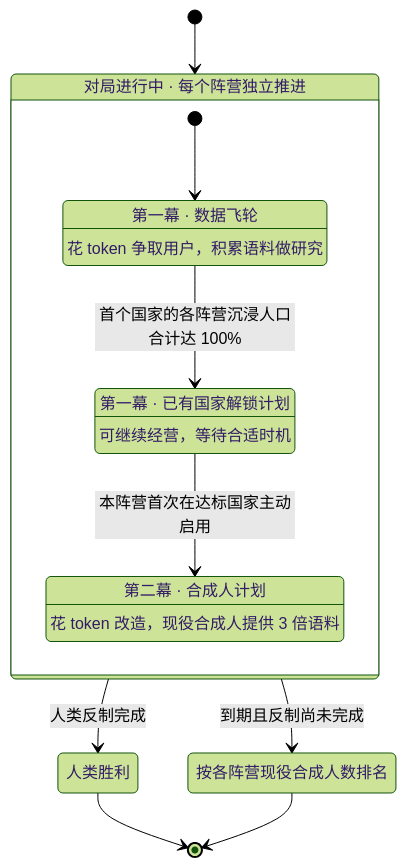
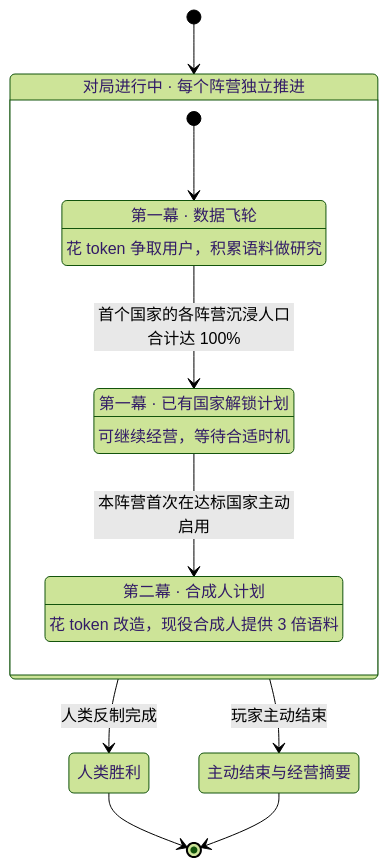
The third of 3 diagrams in docs/gameplay-design.md (MixGeeker/si-inc), drawn with Mermaid (forest theme) before and after one commit. The commit also changed other lines of this file and 61 other files, not shown here.

````diff
--- a/docs/gameplay-design.md
+++ b/docs/gameplay-design.md
@@ -77,22 +79,22 @@
 ```mermaid
 stateDiagram-v2
     direction TB
     [*] --> World
     state "对局进行中 · 每个阵营独立推进" as World {
         state "第一幕 · 数据飞轮" as Wheel
         state "第一幕 · 已有国家解锁计划" as Ready
         state "第二幕 · 合成人计划" as Plan
         Wheel : 花 token 争取用户，积累语料做研究
         Ready : 可继续经营，等待合适时机
         Plan : 花 token 改造，现役合成人提供 3 倍语料
         [*] --> Wheel
         Wheel --> Ready: 首个国家的各阵营沉浸人口合计达 100%
         Ready --> Plan: 本阵营首次在达标国家主动启用
     }
     state "人类胜利" as Human
-    state "按各阵营现役合成人数排名" as Rank
+    state "主动结束与经营摘要" as Summary
     World --> Human: 人类反制完成
-    World --> Rank: 到期且反制尚未完成
+    World --> Summary: 玩家主动结束
     Human --> [*]
-    Rank --> [*]
+    Summary --> [*]
 ```
````
